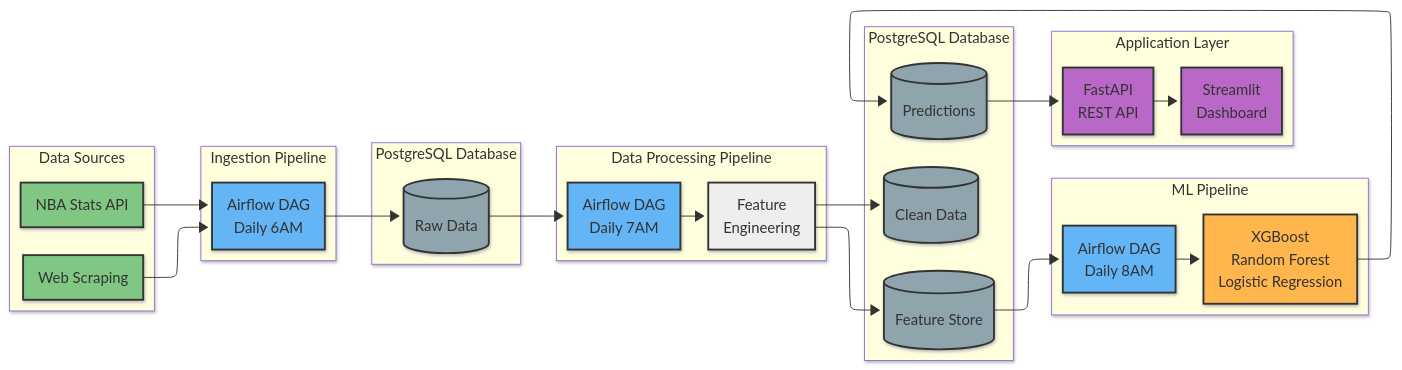
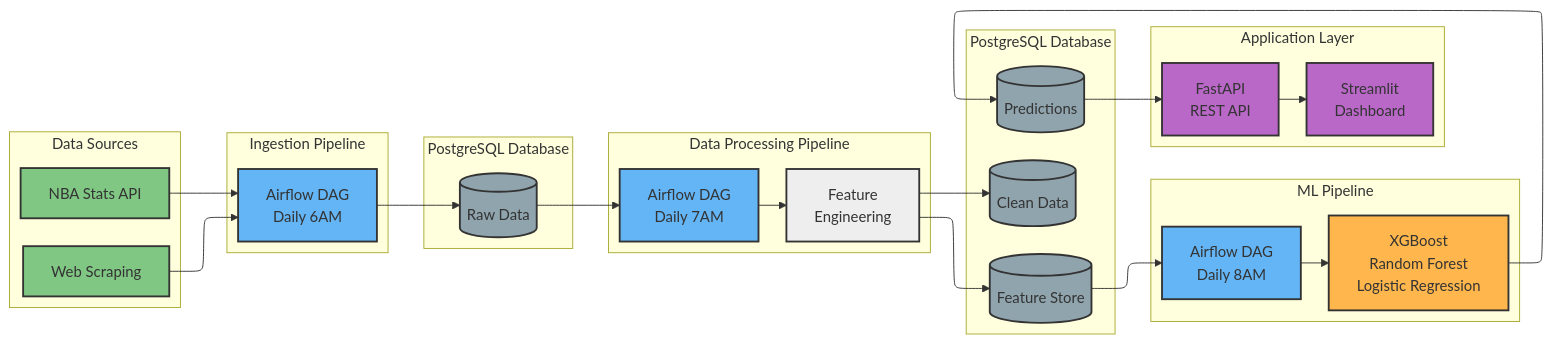
The diagram in README.md (Daniel-Tietie/nba-data-pipeline-analytics), drawn with Mermaid before and after one commit.

Commit message:
Remove theme and look from Mermaid config
Removed theme and look configurations from Mermaid chart.

````diff
--- a/README.md
+++ b/README.md
@@ -14,61 +14,59 @@
 ```mermaid
 ---
 config:
   layout: elk
-  theme: mc
-  look: neo
 ---
 flowchart LR
  subgraph sources["Data Sources"]
         API["NBA Stats API"]
         WEB["Web Scraping"]
   end
  subgraph ingestion["Ingestion Pipeline"]
         INGEST["Airflow DAG<br>Daily 6AM"]
   end
  subgraph storage1["PostgreSQL Database"]
         RAW[("Raw Data")]
   end
  subgraph processing["Data Processing Pipeline"]
         ETL["Airflow DAG<br>Daily 7AM"]
         FEAT["Feature<br>Engineering"]
   end
  subgraph storage2["PostgreSQL Database"]
         CLEAN[("Clean Data")]
         FEATURES[("Feature Store")]
         PREDS[("Predictions")]
   end
  subgraph ml["ML Pipeline"]
         TRAIN["Airflow DAG<br>Daily 8AM"]
         MODELS["XGBoost<br>Random Forest<br>Logistic Regression"]
   end
  subgraph serving["Application Layer"]
         API_LAYER["FastAPI<br>REST API"]
         UI["Streamlit<br>Dashboard"]
   end
     API --> INGEST
     WEB --> INGEST
     INGEST --> RAW
     RAW --> ETL
     ETL --> FEAT
     FEAT --> CLEAN & FEATURES
     FEATURES --> TRAIN
     TRAIN --> MODELS
     MODELS --> PREDS
     PREDS --> API_LAYER
     API_LAYER --> UI
     style API fill:#81C784,stroke:#333,stroke-width:2px
     style WEB fill:#81C784,stroke:#333,stroke-width:2px
     style INGEST fill:#64B5F6,stroke:#333,stroke-width:2px
     style RAW fill:#90A4AE,stroke:#333,stroke-width:2px
     style ETL fill:#64B5F6,stroke:#333,stroke-width:2px
     style FEAT fill:#EEEEEE,stroke:#333,stroke-width:2px
     style CLEAN fill:#90A4AE,stroke:#333,stroke-width:2px
     style FEATURES fill:#90A4AE,stroke:#333,stroke-width:2px
     style PREDS fill:#90A4AE,stroke:#333,stroke-width:2px
     style TRAIN fill:#64B5F6,stroke:#333,stroke-width:2px
     style MODELS fill:#FFB74D,stroke:#333,stroke-width:2px
     style API_LAYER fill:#BA68C8,stroke:#333,stroke-width:2px
     style UI fill:#BA68C8,stroke:#333,stroke-width:2px
 
 ```
````
